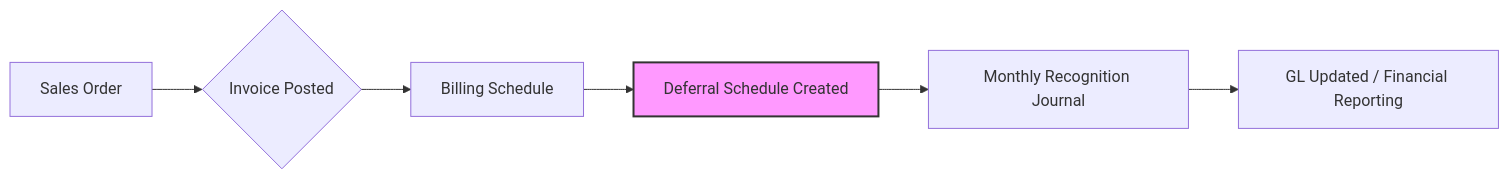
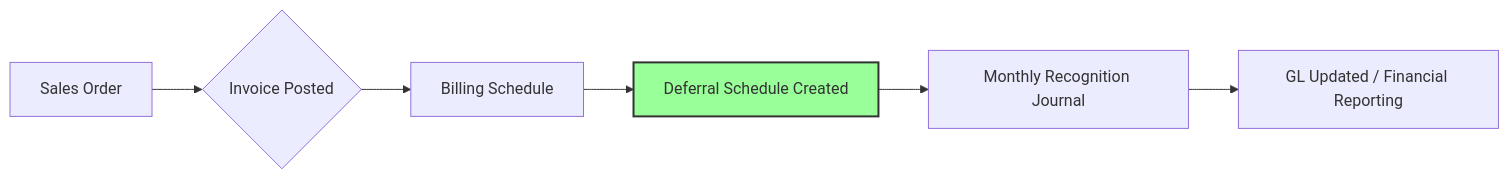
The diagram in README.md (nrechiverri/nrechiverri.github.io), drawn with Mermaid before and after one commit. The commit also changed other lines of this file, not shown here.

````diff
--- a/README.md
+++ b/README.md
@@ -30,10 +36,10 @@
 ```mermaid
 graph LR
     A[Sales Order] --> B{Invoice Posted}
     B --> C[Billing Schedule]
     C --> D[Deferral Schedule Created]
     D --> E[Monthly Recognition Journal]
     E --> F[GL Updated / Financial Reporting]
     
-    style D fill:#f9f,stroke:#333,stroke-width:2px
+    style D fill:#99ff99,stroke:#333,stroke-width:2px
 ``` 
````
